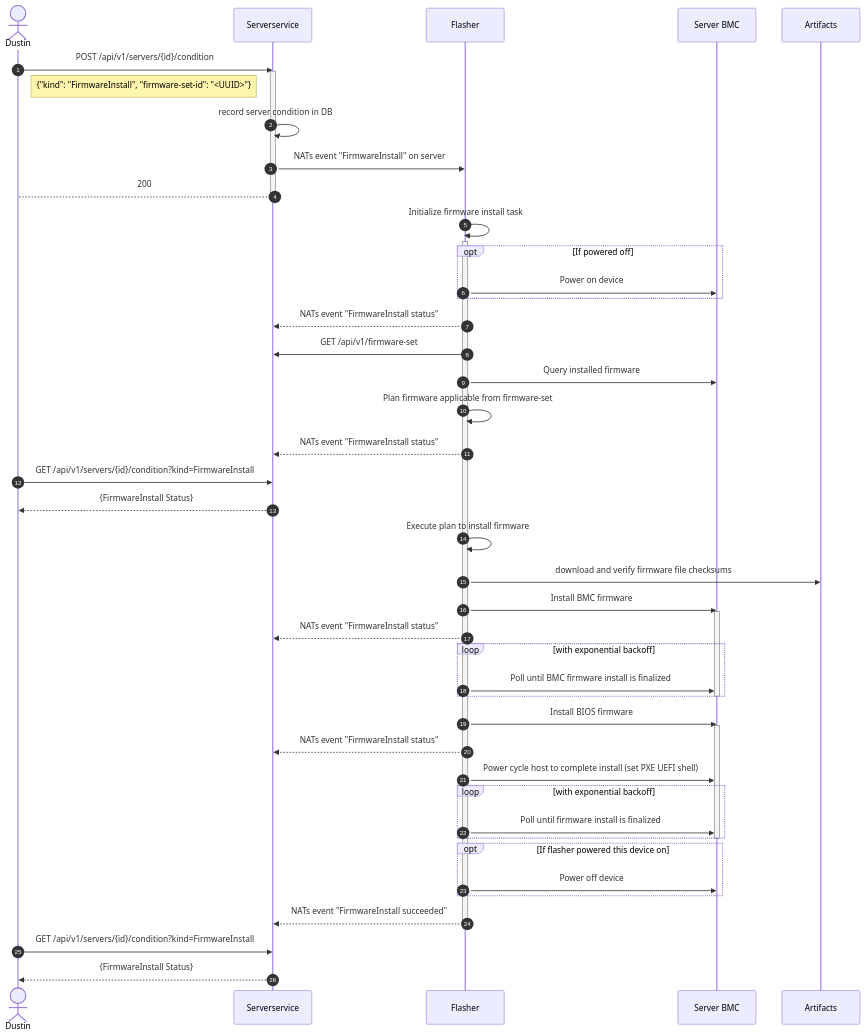
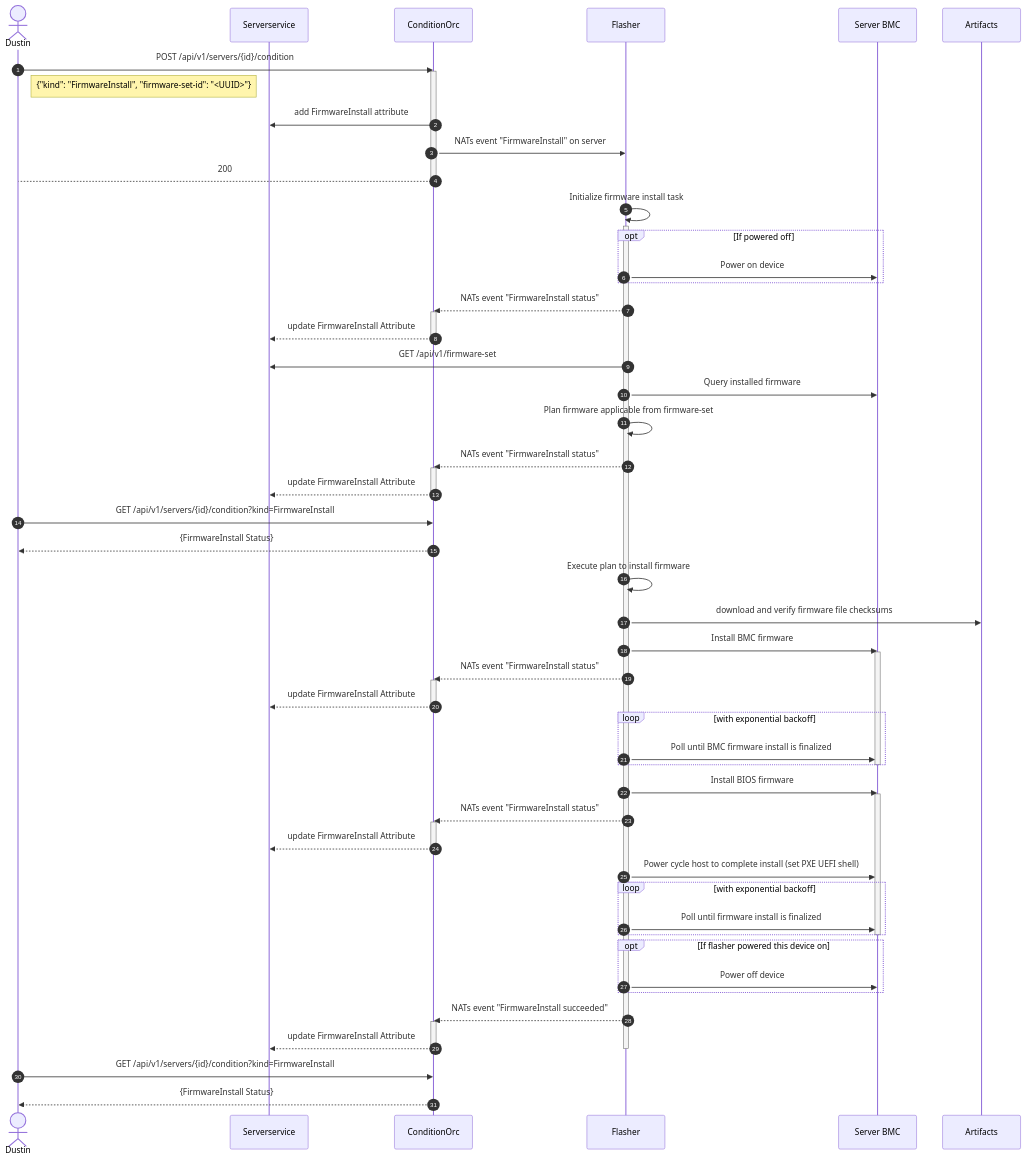
One commit to metal-toolbox/architecture changed the second of 3 diagrams in firmware-install-service.md. Above: the diagram before and after it, drawn with Mermaid. The commit also changed other lines of this file, not shown here.

Commit message:
firmware-install-service: update diagrams and notes based on feedback

````diff
--- a/firmware-install-service.md
+++ b/firmware-install-service.md
@@ -182,64 +189,80 @@
 ```mermaid
   sequenceDiagram;
     autonumber
     actor Dustin
 
     %% >>>>>>>>>> participants
     participant Serverservice
+    participant ConditionOrc
     participant Flasher
     participant Server BMC
     participant Artifacts
 
     %% >>>>>>>>>> interaction
-    Dustin->>Serverservice: POST /api/v1/servers/{id}/condition
-    activate Serverservice
+    Dustin->>ConditionOrc: POST /api/v1/servers/{id}/condition
+    activate ConditionOrc
     Note right of Dustin: {"kind": "FirmwareInstall", "firmware-set-id": "<UUID>"}
-    Serverservice->>Serverservice: record server condition in DB
-    Serverservice->>Flasher: NATs event "FirmwareInstall" on server
-    Serverservice-->Dustin:  200
-    deactivate Serverservice
+    ConditionOrc->>Serverservice: add FirmwareInstall attribute
+    ConditionOrc->>Flasher: NATs event "FirmwareInstall" on server
+    ConditionOrc-->Dustin:  200
+    deactivate ConditionOrc
 
     %% >>>>>>>>>> flasher work begins
     Flasher->>Flasher: Initialize firmware install task
     activate Flasher
     opt If powered off
       Flasher->>Server BMC: Power on device
     end
-    Flasher-->>Serverservice: NATs event "FirmwareInstall status"
+    Flasher-->>ConditionOrc: NATs event "FirmwareInstall status"
+    activate ConditionOrc
+      ConditionOrc-->>Serverservice: update FirmwareInstall Attribute
+    deactivate ConditionOrc
     Flasher->>Serverservice: GET /api/v1/firmware-set
 
     %% >>>>>>>>>> flasher installs BMC firmware
     Flasher->>Server BMC: Query installed firmware
     Flasher->>Flasher: Plan firmware applicable from firmware-set
-    Flasher-->>Serverservice: NATs event "FirmwareInstall status"
-    Dustin->>Serverservice: GET /api/v1/servers/{id}/condition?kind=FirmwareInstall
-    Serverservice-->>Dustin: {FirmwareInstall Status}
+    Flasher-->>ConditionOrc: NATs event "FirmwareInstall status"
+    activate ConditionOrc
+      ConditionOrc-->>Serverservice: update FirmwareInstall Attribute
+    deactivate ConditionOrc
+    Dustin->>ConditionOrc: GET /api/v1/servers/{id}/condition?kind=FirmwareInstall
+    ConditionOrc-->>Dustin: {FirmwareInstall Status}
     Flasher->>Flasher: Execute plan to install firmware
     Flasher->>Artifacts: download and verify firmware file checksums
     Flasher->>Server BMC: Install BMC firmware
     activate Server BMC
-    Flasher-->>Serverservice: NATs event "FirmwareInstall status"
+    Flasher-->>ConditionOrc: NATs event "FirmwareInstall status"
+    activate ConditionOrc
+      ConditionOrc-->>Serverservice: update FirmwareInstall Attribute
+    deactivate ConditionOrc
     loop with exponential backoff
       Flasher->>Server BMC: Poll until BMC firmware install is finalized
     end
     deactivate Server BMC
 
     %% >>>>>>>>>> flasher install BIOS firmware
     Flasher->>Server BMC: Install BIOS firmware
     activate Server BMC
-    Flasher-->>Serverservice: NATs event "FirmwareInstall status"
+    Flasher-->>ConditionOrc: NATs event "FirmwareInstall status"
+    activate ConditionOrc
+    ConditionOrc-->>Serverservice: update FirmwareInstall Attribute
+    deactivate ConditionOrc
     Flasher->>Server BMC: Power cycle host to complete install (set PXE UEFI shell)
     loop with exponential backoff
       Flasher->>Server BMC: Poll until firmware install is finalized
     end
     deactivate Server BMC
 
     %% >>>>>>>>>> flasher work is done
     opt If flasher powered this device on
       Flasher->>Server BMC: Power off device
     end
-    Flasher-->>Serverservice: NATs event "FirmwareInstall succeeded"
+    Flasher-->>ConditionOrc: NATs event "FirmwareInstall succeeded"
+    activate ConditionOrc
+      ConditionOrc-->>Serverservice: update FirmwareInstall Attribute
+    deactivate ConditionOrc
     deactivate Flasher
-    Dustin->>Serverservice: GET /api/v1/servers/{id}/condition?kind=FirmwareInstall
-    Serverservice-->>Dustin: {FirmwareInstall Status}
+    Dustin->>ConditionOrc: GET /api/v1/servers/{id}/condition?kind=FirmwareInstall
+    ConditionOrc-->>Dustin: {FirmwareInstall Status}
 ```
````
